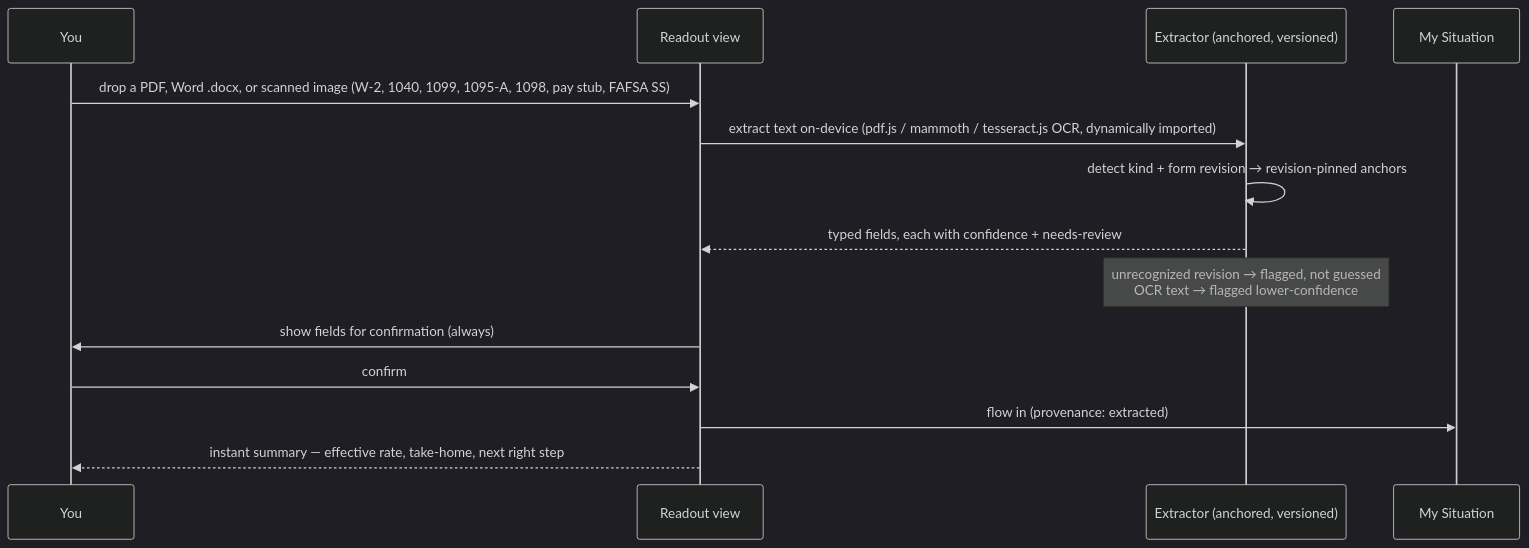
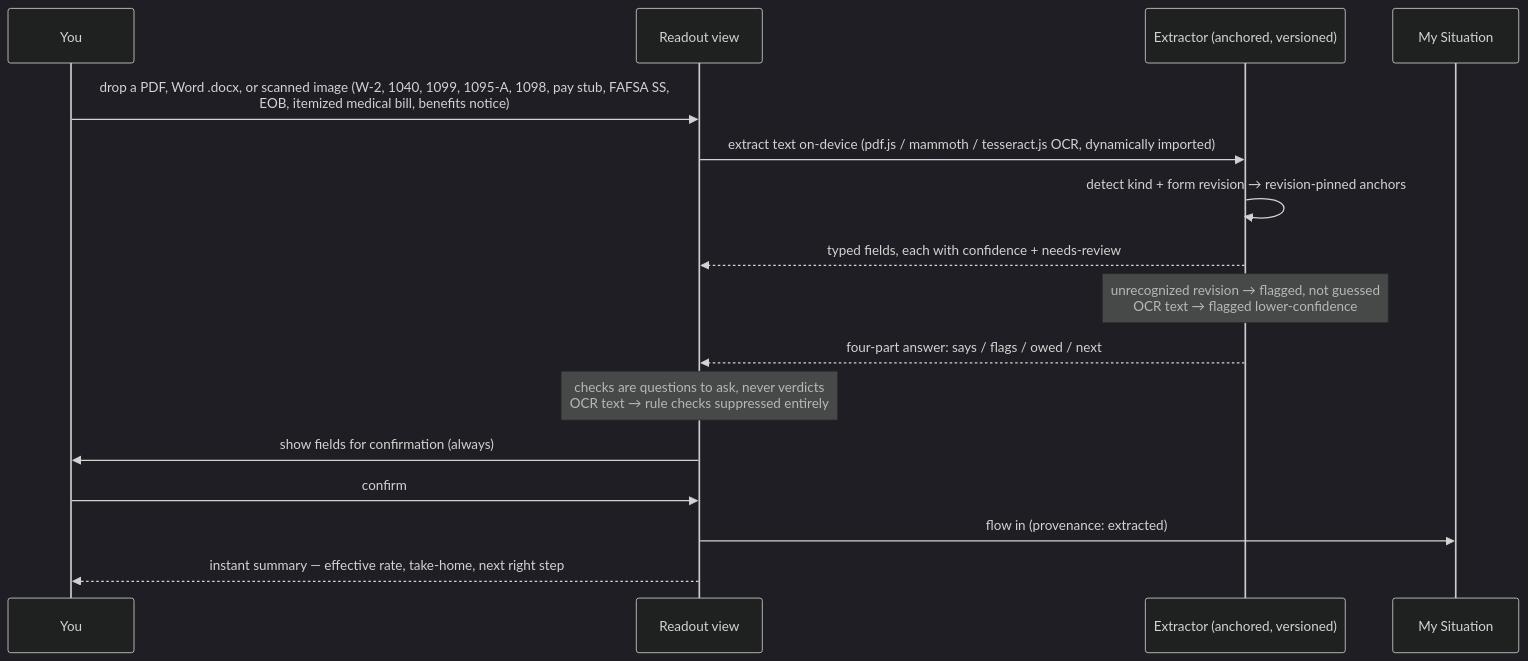
One commit to clay-good/enklayve changed the sixth of 7 diagrams in README.md. Above: the diagram before and after it, drawn with Mermaid (dark theme). The commit also changed other lines of this file and 11 other files, not shown here.

````diff
--- a/README.md
+++ b/README.md
@@ -465,16 +465,18 @@
 ```mermaid
 sequenceDiagram
     participant U as You
     participant V as Readout view
     participant X as Extractor (anchored, versioned)
     participant P as My Situation
-    U->>V: drop a PDF, Word .docx, or scanned image (W-2, 1040, 1099, 1095-A, 1098, pay stub, FAFSA SS)
+    U->>V: drop a PDF, Word .docx, or scanned image (W-2, 1040, 1099, 1095-A, 1098, pay stub, FAFSA SS,<br/>EOB, itemized medical bill, benefits notice)
     V->>X: extract text on-device (pdf.js / mammoth / tesseract.js OCR, dynamically imported)
     X->>X: detect kind + form revision → revision-pinned anchors
     X-->>V: typed fields, each with confidence + needs-review
     Note over X: unrecognized revision → flagged, not guessed<br/>OCR text → flagged lower-confidence
+    X-->>V: four-part answer: says / flags / owed / next
+    Note over V: checks are questions to ask, never verdicts<br/>OCR text → rule checks suppressed entirely
     V->>U: show fields for confirmation (always)
     U->>V: confirm
     V->>P: flow in (provenance: extracted)
     V-->>U: instant summary — effective rate, take-home, next right step
 ```
````
